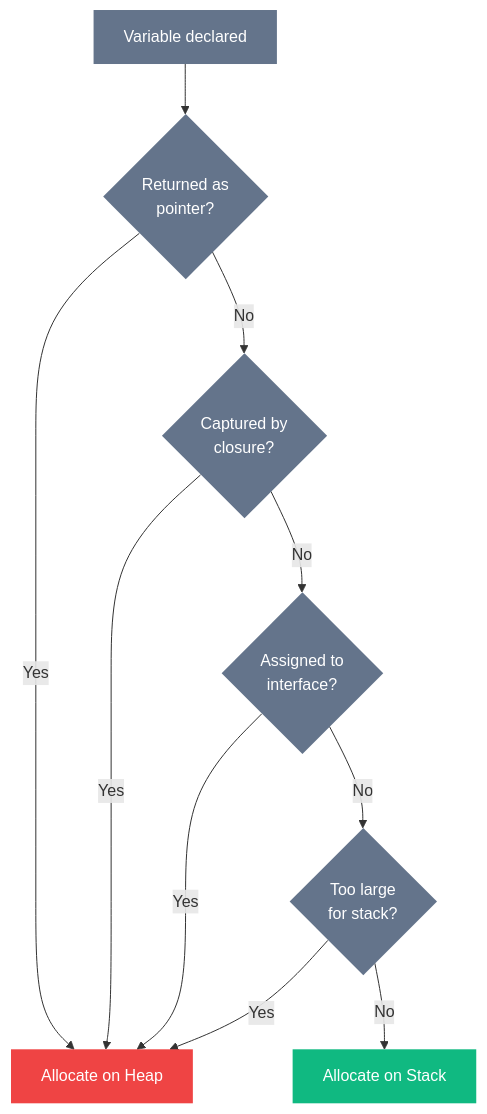
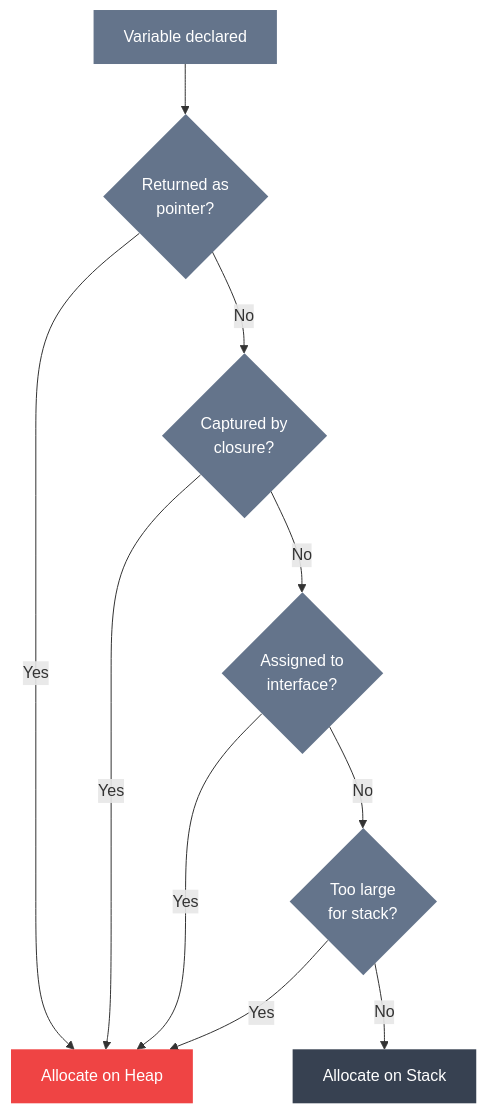
Before and after one commit to ashwingopalsamy/site: the second of 3 diagrams in content/writing/go-pointers-and-memory-management.md, drawn with Mermaid. The commit also changed other lines of this file and 26 other files, not shown here.

```diff
--- a/content/writing/go-pointers-and-memory-management.md
+++ b/content/writing/go-pointers-and-memory-management.md
@@ -161,20 +161,20 @@
 {{< mermaid >}}
 flowchart TD
     A["Variable declared"] --> B{"Returned as<br/>pointer?"}
     B -- Yes --> HEAP["Allocate on Heap"]
     B -- No --> C{"Captured by<br/>closure?"}
     C -- Yes --> HEAP
     C -- No --> D{"Assigned to<br/>interface?"}
     D -- Yes --> HEAP
     D -- No --> E{"Too large<br/>for stack?"}
     E -- Yes --> HEAP
     E -- No --> STACK["Allocate on Stack"]
 
     style A fill:#64748b,color:#fff,stroke:none
     style B fill:#64748b,color:#fff,stroke:none
     style C fill:#64748b,color:#fff,stroke:none
     style D fill:#64748b,color:#fff,stroke:none
     style E fill:#64748b,color:#fff,stroke:none
     style HEAP fill:#ef4444,color:#fff,stroke:none
-    style STACK fill:#10b981,color:#fff,stroke:none
+    style STACK fill:#374151,color:#fff,stroke:none
 {{< /mermaid >}}
```
